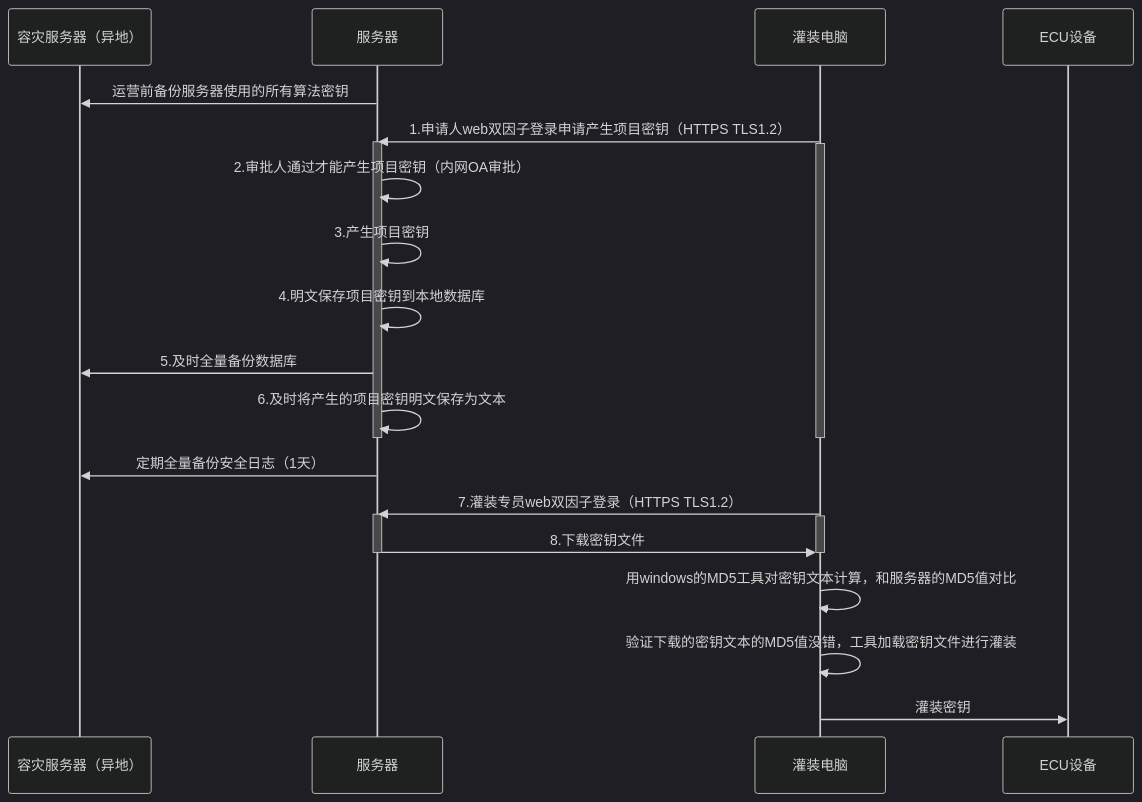
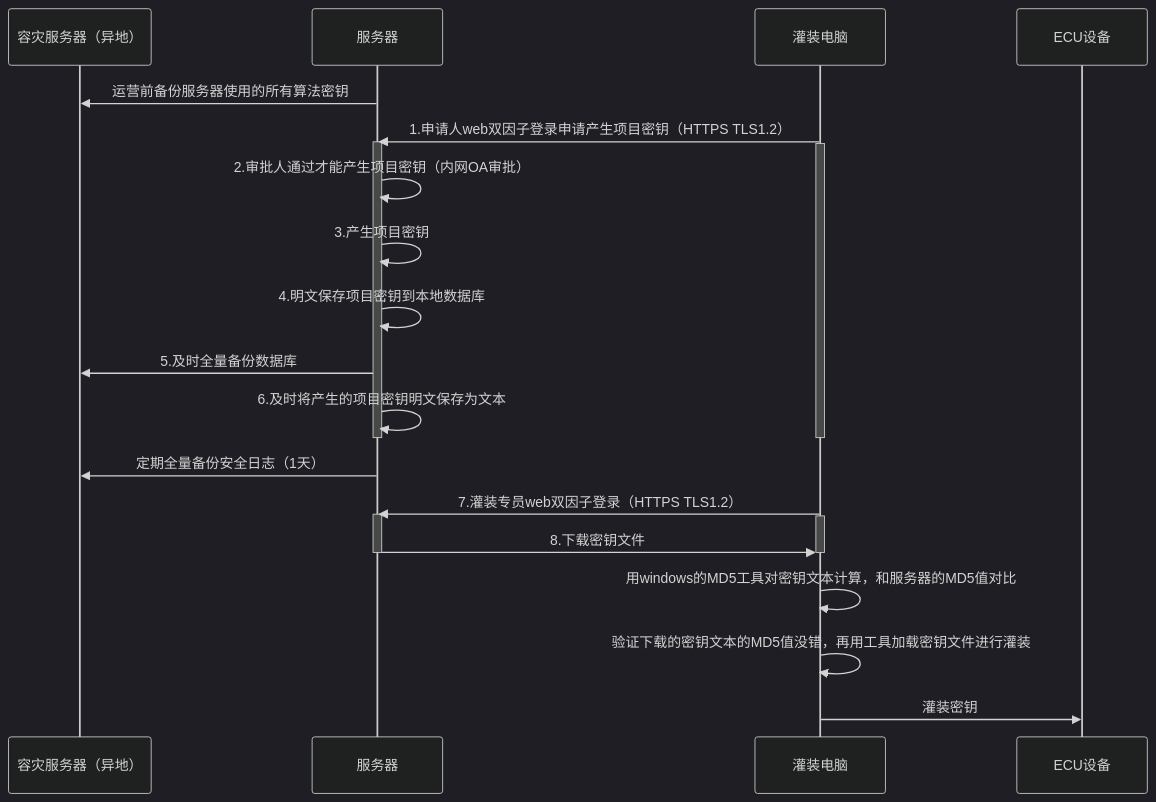
The diagram in all/未命名-17.md (facebook-cloud/iodraw-files), drawn with Mermaid (dark theme) before and after one commit.

Commit message:
2026-03-05 20:56:24 update

````diff
--- a/all/未命名-17.md
+++ b/all/未命名-17.md
@@ -1,33 +1,33 @@
 ```mermaid
 sequenceDiagram
     participant A as 容灾服务器（异地）
     participant B as 服务器
     participant D as 灌装电脑
     participant E as ECU设备
 
     B->>A: 运营前备份服务器使用的所有算法密钥
     D->>B: 1.申请人web双因子登录申请产生项目密钥（HTTPS TLS1.2）
     activate B
     activate D
     B->>B: 2.审批人通过才能产生项目密钥（内网OA审批）
     B->>B: 3.产生项目密钥
     B->>B: 4.明文保存项目密钥到本地数据库
     B->>A: 5.及时全量备份数据库
     B->>B: 6.及时将产生的项目密钥明文保存为文本
     deactivate B
     deactivate D
 
     B->>A: 定期全量备份安全日志（1天）
     
     D->>B: 7.灌装专员web双因子登录（HTTPS TLS1.2）
     activate B
     activate D
     B->>D: 8.下载密钥文件
     deactivate B
     deactivate D
 
     D->>D:用windows的MD5工具对密钥文本计算，和服务器的MD5值对比
-    D->>D:验证下载的密钥文本的MD5值没错，工具加载密钥文件进行灌装
+    D->>D:验证下载的密钥文本的MD5值没错，再用工具加载密钥文件进行灌装
     
     D->>E: 灌装密钥
 ```
````
